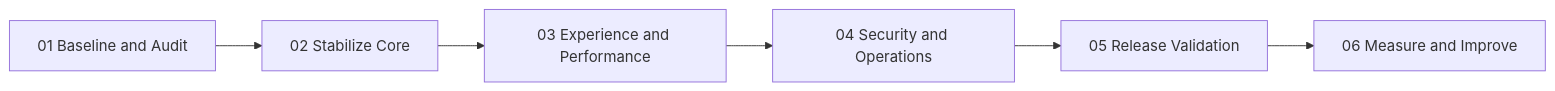
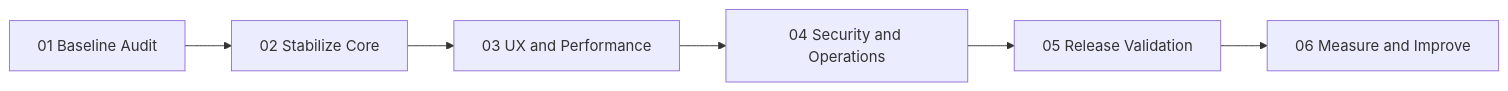
Before and after one commit to jaswanth5021/UbhayaFashions: the diagram in docs/IMPLEMENTATION_PLAN.md, drawn with Mermaid. The commit also changed other lines of this file, not shown here.

````diff
--- a/docs/IMPLEMENTATION_PLAN.md
+++ b/docs/IMPLEMENTATION_PLAN.md
@@ -31,8 +25,8 @@
 ```mermaid
 flowchart LR
-    A[01 Baseline and Audit] --> B[02 Stabilize Core]
-    B --> C[03 Experience and Performance]
-    C --> D[04 Security and Operations]
-    D --> E[05 Release Validation]
-    E --> F[06 Measure and Improve]
+ A[01 Baseline Audit] --> B[02 Stabilize Core]
+ B --> C[03 UX and Performance]
+ C --> D[04 Security and Operations]
+ D --> E[05 Release Validation]
+ E --> F[06 Measure and Improve]
 ```
````
